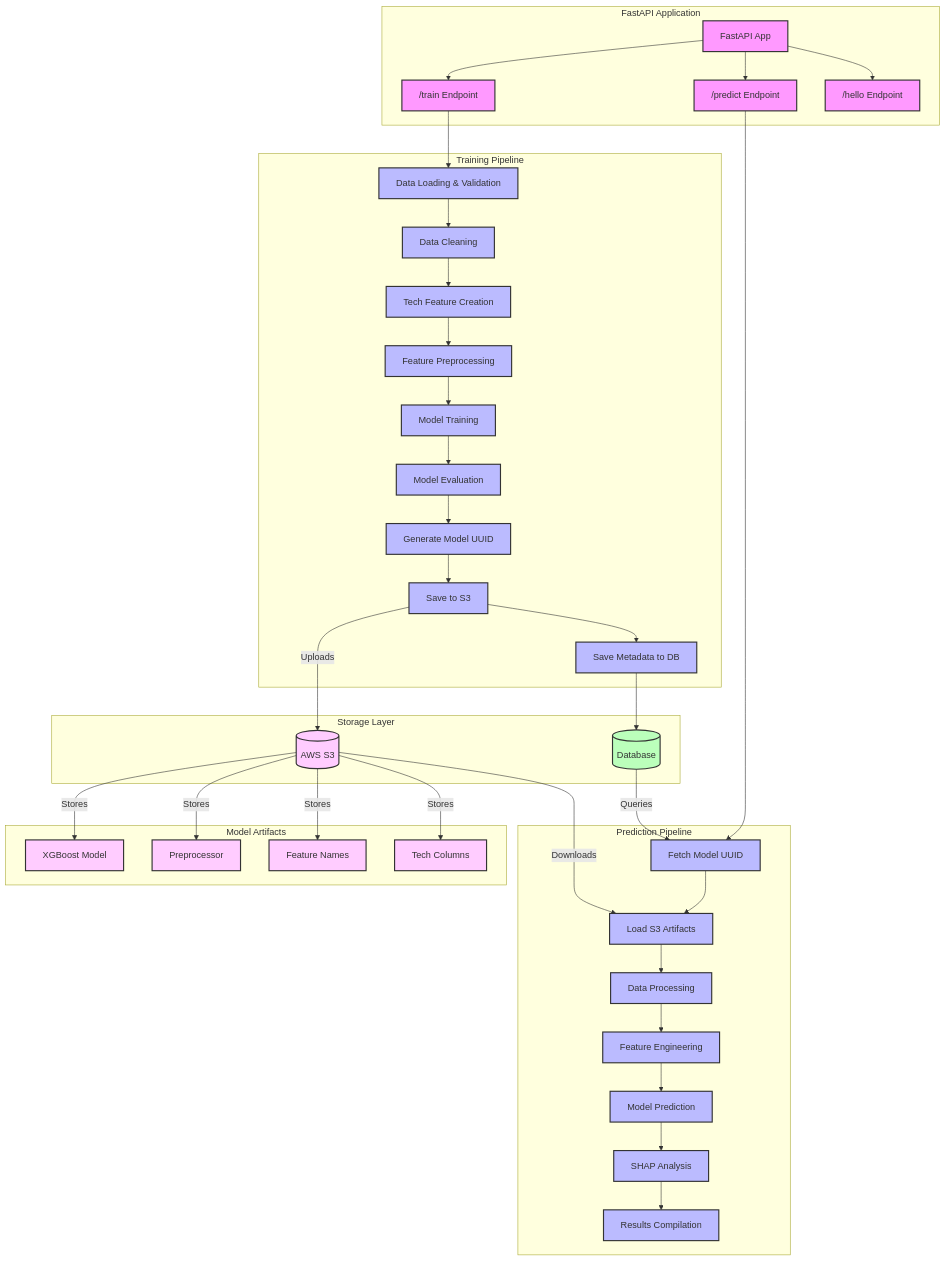
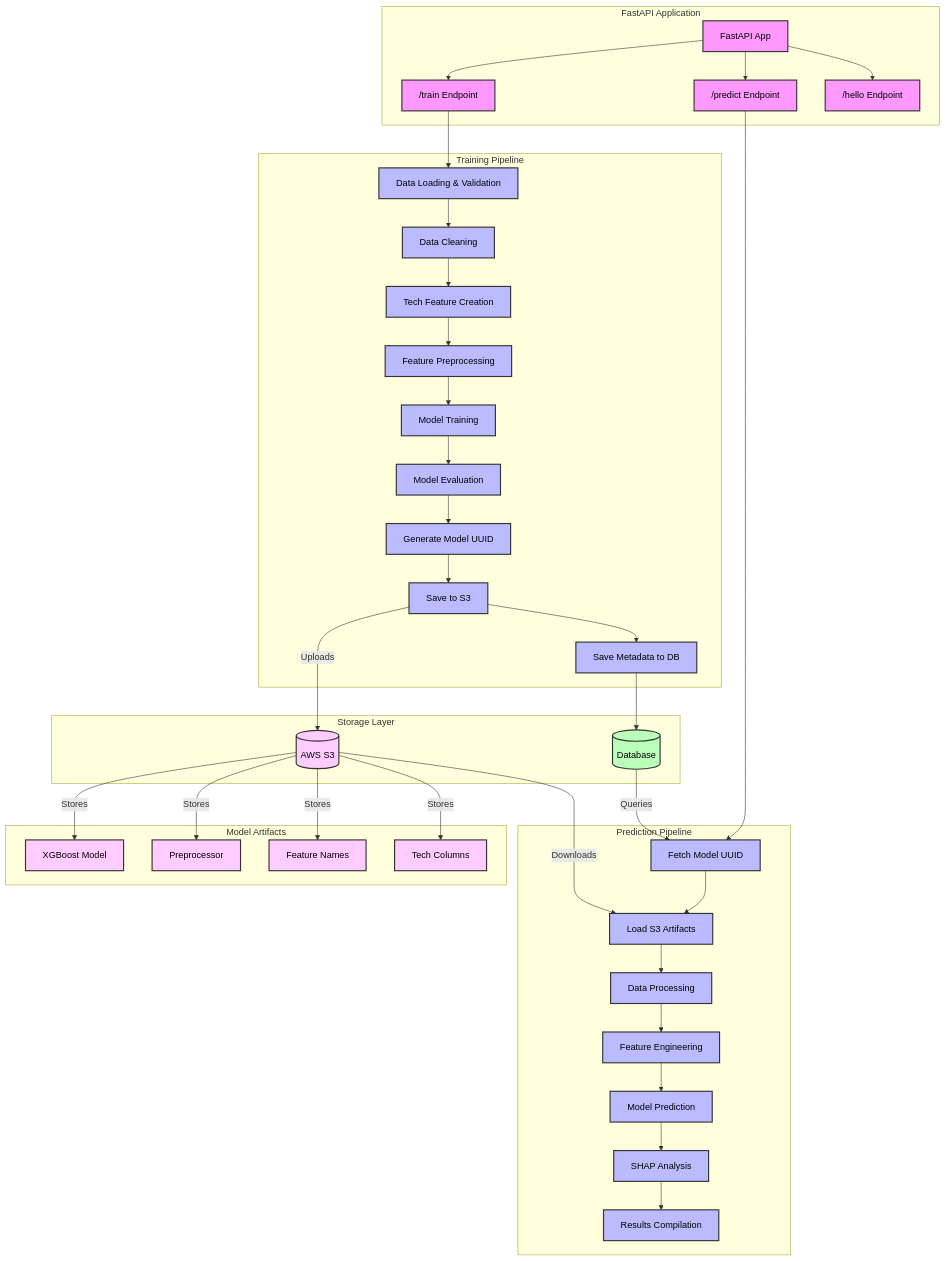
One commit to jenishIC/documents changed the diagram in lookalike_proposed_arch.md. Above: the diagram before and after it, drawn with Mermaid.

````diff
--- a/lookalike_proposed_arch.md
+++ b/lookalike_proposed_arch.md
@@ -5,55 +5,55 @@
 ```mermaid
 graph TD
     subgraph "FastAPI Application"
         A[FastAPI App] --> B["/train Endpoint"]
         A --> C["/predict Endpoint"]
         A --> D["/hello Endpoint"]
     end
 
     subgraph "Training Pipeline"
         B --> E[Data Loading & Validation]
         E --> F[Data Cleaning]
         F --> G[Tech Feature Creation]
         G --> H[Feature Preprocessing]
         H --> I[Model Training]
         I --> J[Model Evaluation]
         J --> K[Generate Model UUID]
         K --> L[Save to S3]
         L --> M[Save Metadata to DB]
     end
 
     subgraph "Prediction Pipeline"
         C --> N[Fetch Model UUID]
         N --> O[Load S3 Artifacts]
         O --> P[Data Processing]
         P --> Q[Feature Engineering]
         Q --> R[Model Prediction]
         R --> S[SHAP Analysis]
         S --> T[Results Compilation]
     end
 
     subgraph "Storage Layer"
         L --> |Uploads| U[(AWS S3)]
         U --> |Downloads| O
         
         M --> V[(Database)]
         V --> |Queries| N
     end
 
     subgraph "Model Artifacts"
         U --> |Stores| W[XGBoost Model]
         U --> |Stores| X[Preprocessor]
         U --> |Stores| Y[Feature Names]
         U --> |Stores| Z[Tech Columns]
     end
 
-    classDef endpoint fill:#f9f,stroke:#333,stroke-width:2px
-    classDef process fill:#bbf,stroke:#333,stroke-width:2px
-    classDef storage fill:#bfb,stroke:#333,stroke-width:2px
-    classDef cloud fill:#fcf,stroke:#333,stroke-width:2px
+    classDef endpoint fill:#f9f,stroke:#333,stroke-width:2px,color:#000
+    classDef process fill:#bbf,stroke:#333,stroke-width:2px,color:#000
+    classDef storage fill:#bfb,stroke:#333,stroke-width:2px,color:#000
+    classDef cloud fill:#fcf,stroke:#333,stroke-width:2px,color:#000
     
     class A,B,C,D endpoint
     class E,F,G,H,I,J,K,L,M,N,O,P,Q,R,S,T process
     class V storage
     class U,W,X,Y,Z cloud
 ```
````
